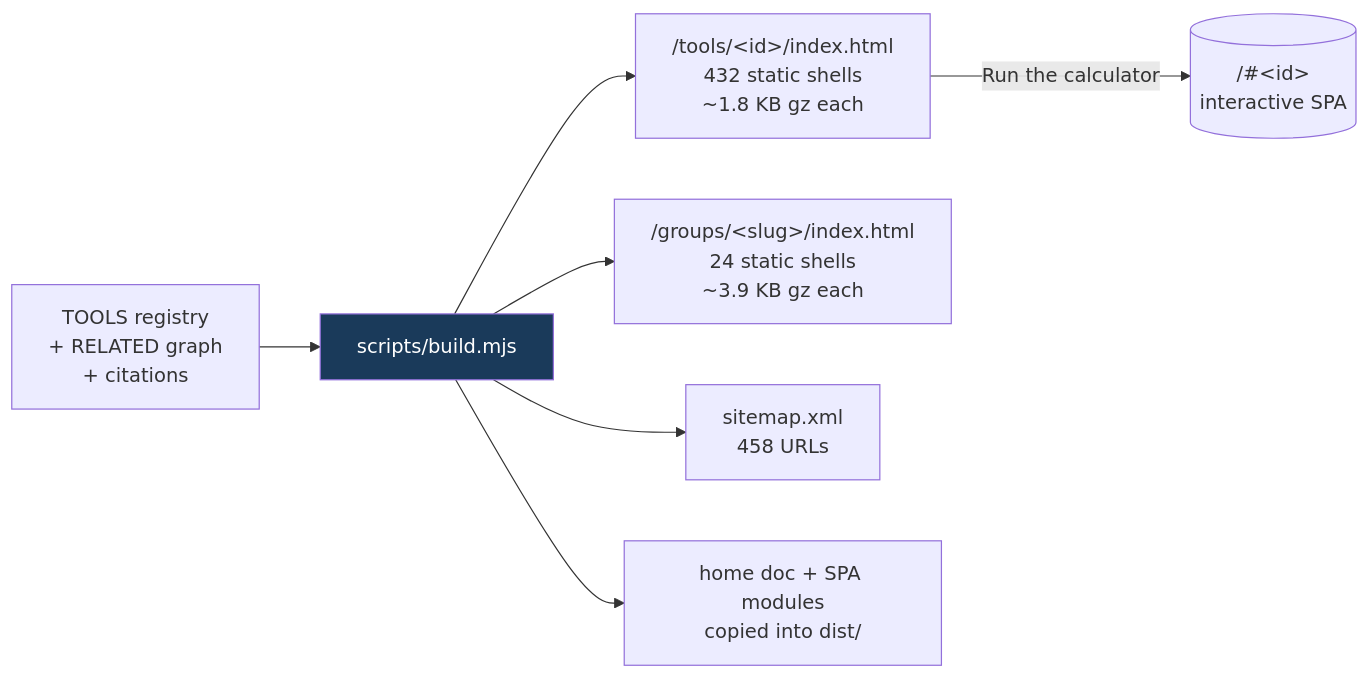
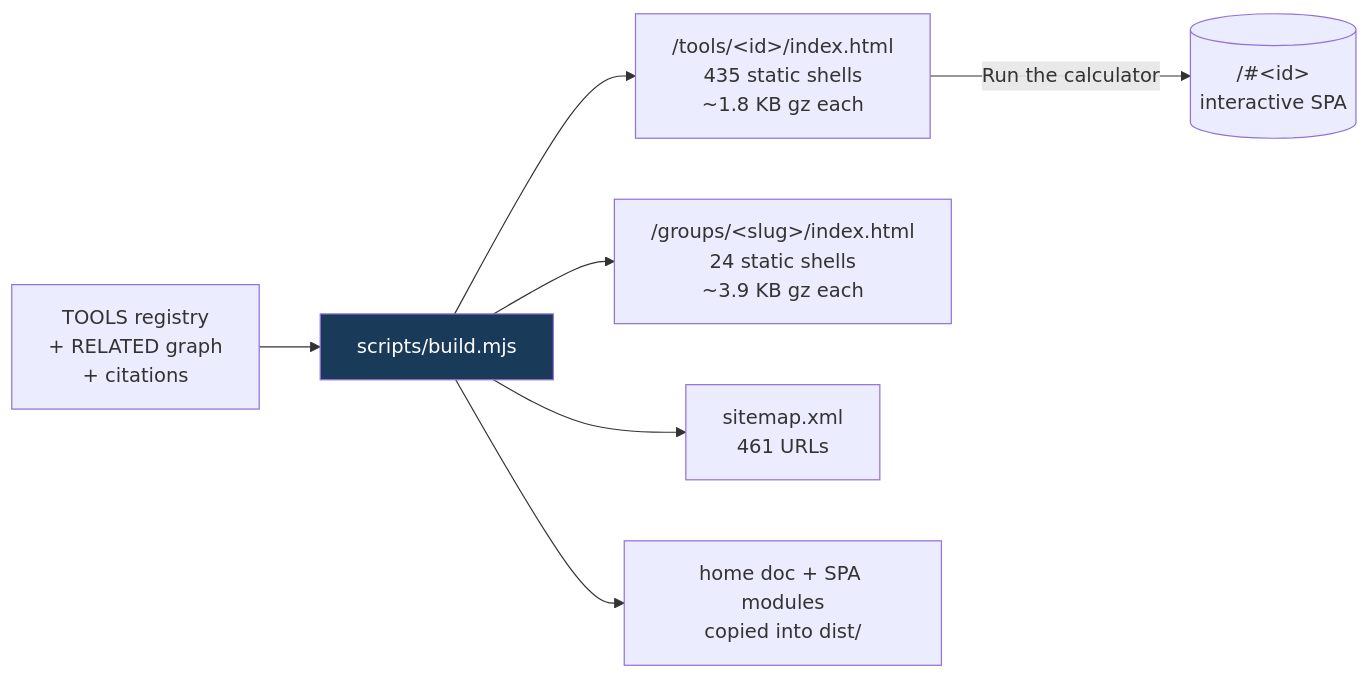
One commit to clay-good/roughlogic.com changed the third of 5 diagrams in README.md. Above: the diagram before and after it, drawn with Mermaid. The commit also changed other lines of this file and 17 other files, not shown here.

````diff
--- a/README.md
+++ b/README.md
@@ -188,10 +188,10 @@
 ```mermaid
 flowchart LR
     SRC[TOOLS registry\n+ RELATED graph\n+ citations] --> BUILD[scripts/build.mjs]
-    BUILD --> TILE["/tools/&lt;id&gt;/index.html\n432 static shells\n~1.8 KB gz each"]
+    BUILD --> TILE["/tools/&lt;id&gt;/index.html\n435 static shells\n~1.8 KB gz each"]
     BUILD --> GROUP["/groups/&lt;slug&gt;/index.html\n24 static shells\n~3.9 KB gz each"]
-    BUILD --> MAP["sitemap.xml\n458 URLs"]
+    BUILD --> MAP["sitemap.xml\n461 URLs"]
     BUILD --> COPY[home doc + SPA modules\ncopied into dist/]
     TILE -->|Run the calculator| SPA[("/#&lt;id&gt;\ninteractive SPA")]
     style BUILD fill:#1a3a5a,color:#fff
 ```
````
